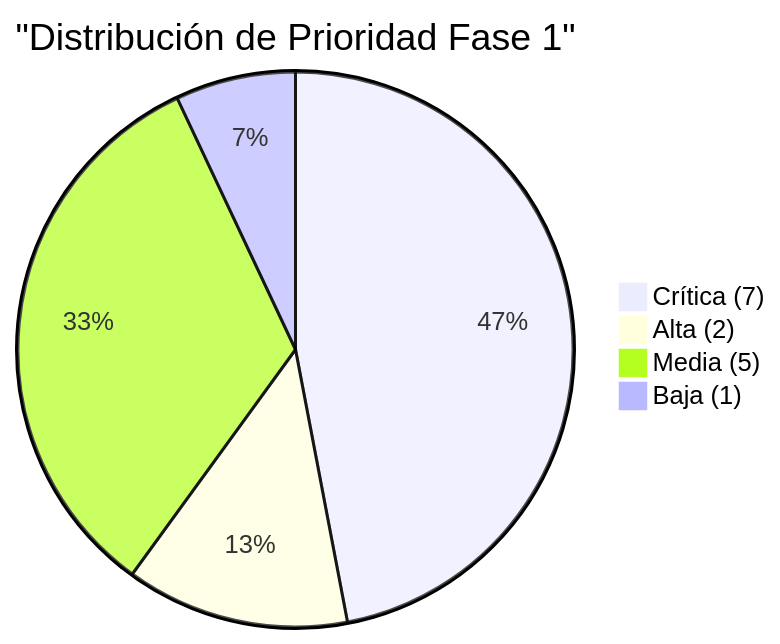
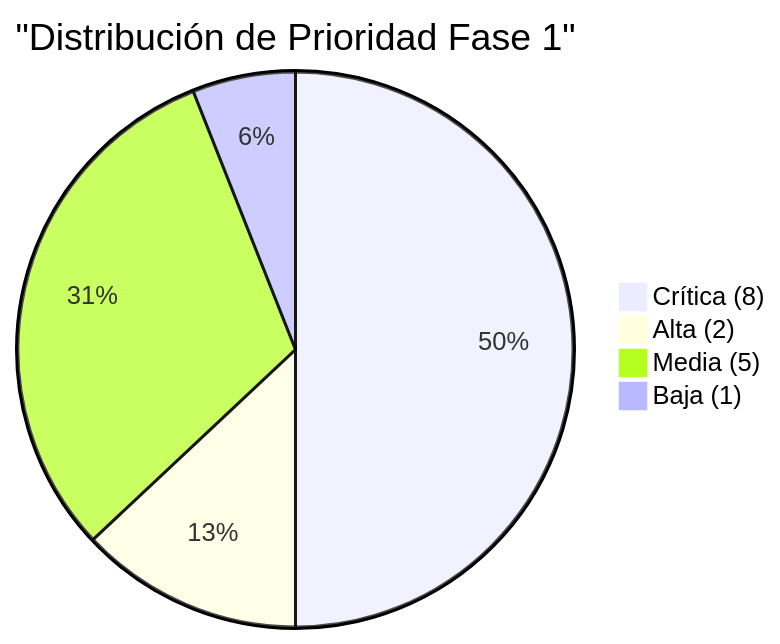
Before and after one commit to dleonsystem/sep_evaluacion_diagnostica: the second of 4 diagrams in REQUERIMIENTOS_Y_CASOS_DE_USO.md, drawn with Mermaid. The commit also changed other lines of this file and 2 other files, not shown here.

````diff
--- a/REQUERIMIENTOS_Y_CASOS_DE_USO.md
+++ b/REQUERIMIENTOS_Y_CASOS_DE_USO.md
@@ -1180,7 +1215,7 @@
 ```mermaid
 pie title "Distribución de Prioridad Fase 1"
-    "Crítica (7)" : 47
+    "Crítica (8)" : 50
     "Alta (2)" : 13
-    "Media (5)" : 33
-    "Baja (1)" : 7
+    "Media (5)" : 31
+    "Baja (1)" : 6
 ```
````
